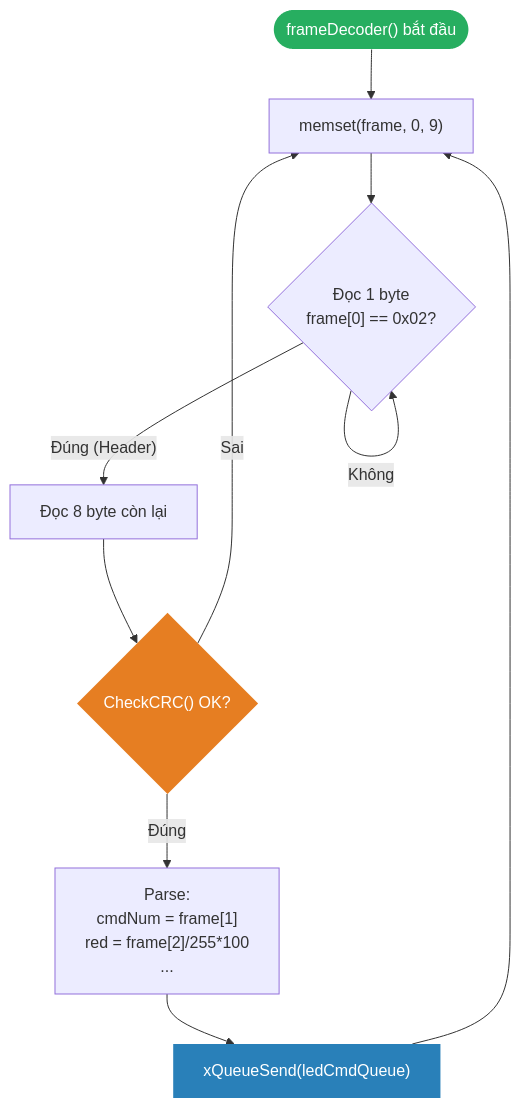
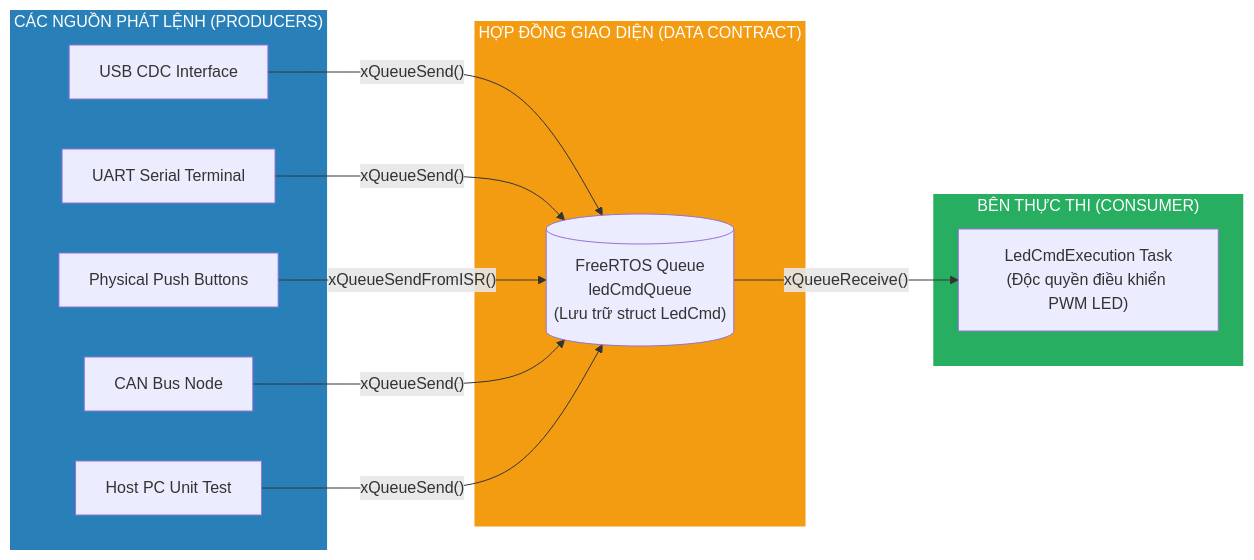
Before and after one commit to MinnT15/RTOS: the first of 6 diagrams in 12_Loose_Coupling_with_Queues.md, drawn with Mermaid. The commit also changed other lines of this file and 1 other file, not shown here.

````diff
--- a/12_Loose_Coupling_with_Queues.md
+++ b/12_Loose_Coupling_with_Queues.md
@@ -353,16 +76,29 @@
 ```mermaid
-flowchart TD
-    START(["frameDecoder() bắt đầu"]) --> CLEAR["memset(frame, 0, 9)"]
-    CLEAR --> SYNC{"Đọc 1 byte<br/>frame[0] == 0x02?"}
-    SYNC -- "Không" --> SYNC
-    SYNC -- "Đúng (Header)" --> READ["Đọc 8 byte còn lại"]
-    READ --> CRC{"CheckCRC() OK?"}
-    CRC -- "Sai" --> CLEAR
-    CRC -- "Đúng" --> PARSE["Parse:<br/>cmdNum = frame[1]<br/>red = frame[2]/255*100<br/>..."]
-    PARSE --> SEND["xQueueSend(ledCmdQueue)"]
-    SEND --> CLEAR
+graph LR
+    subgraph PRODUCERS ["CÁC NGUỒN PHÁT LỆNH (PRODUCERS)"]
+        P1["USB CDC Interface"]
+        P2["UART Serial Terminal"]
+        P3["Physical Push Buttons"]
+        P4["CAN Bus Node"]
+        P5["Host PC Unit Test"]
+    end
 
-    style START fill:#27ae60,color:#fff,stroke:none
-    style CRC fill:#e67e22,color:#fff,stroke:none
-    style SEND fill:#2980b9,color:#fff,stroke:none
+    subgraph INTERFACE ["HỢP ĐỒNG GIAO DIỆN (DATA CONTRACT)"]
+        Q[("FreeRTOS Queue<br/>ledCmdQueue<br/>(Lưu trữ struct LedCmd)")]
+    end
+
+    subgraph CONSUMER ["BÊN THỰC THI (CONSUMER)"]
+        C["LedCmdExecution Task<br/>(Độc quyền điều khiển PWM LED)"]
+    end
+
+    P1 -- "xQueueSend()" --> Q
+    P2 -- "xQueueSend()" --> Q
+    P3 -- "xQueueSendFromISR()" --> Q
+    P4 -- "xQueueSend()" --> Q
+    P5 -- "xQueueSend()" --> Q
+    Q -- "xQueueReceive()" --> C
+
+    style PRODUCERS fill:#2980b9,color:#fff,stroke:none
+    style INTERFACE fill:#f39c12,color:#fff,stroke:none
+    style CONSUMER fill:#27ae60,color:#fff,stroke:none
 ```
````
